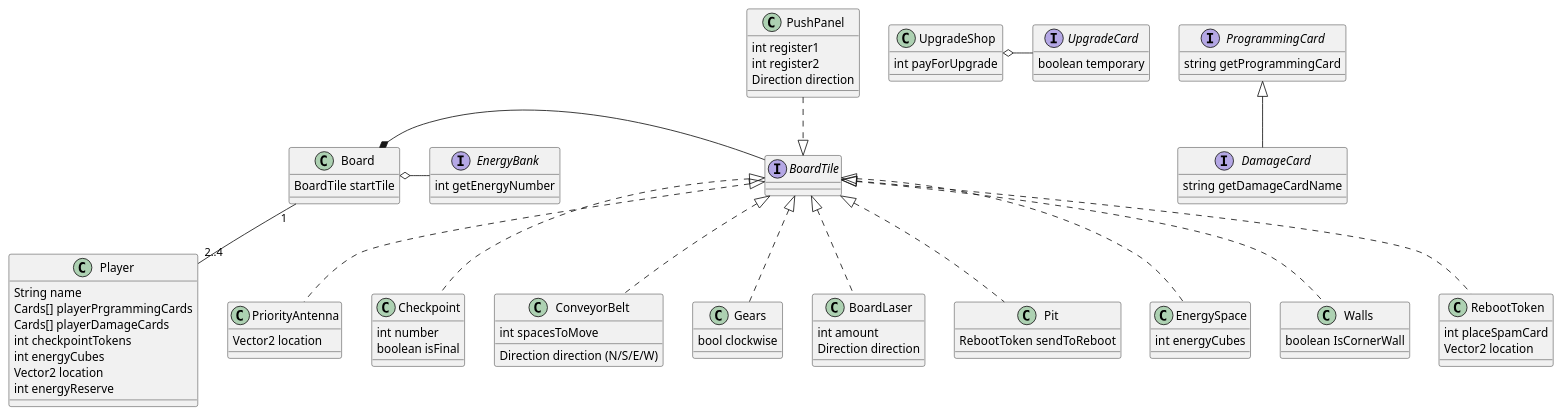
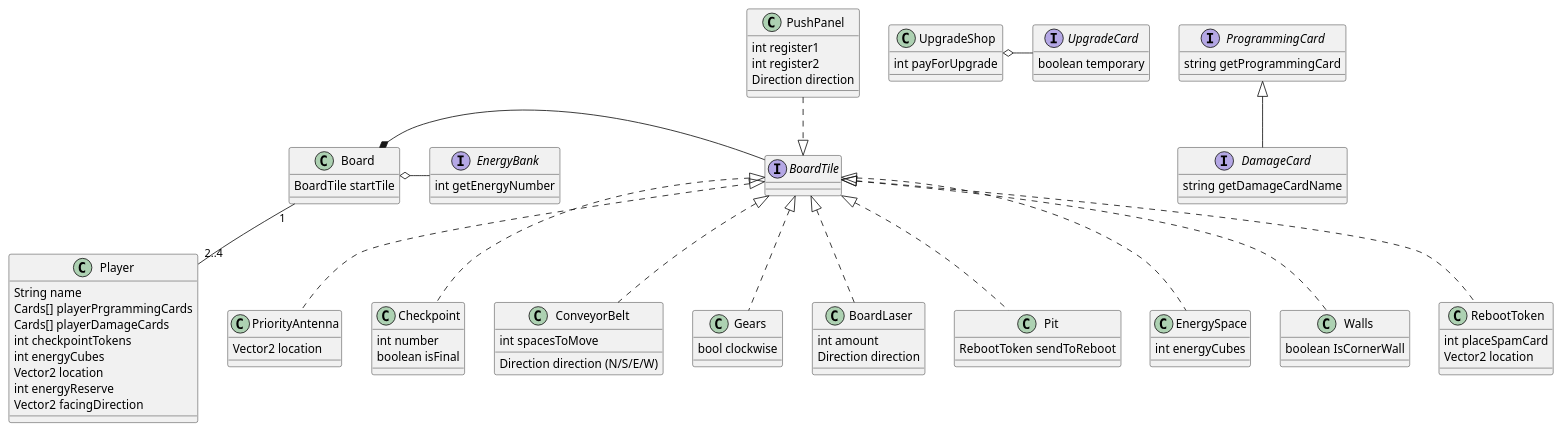
One commit to nikguin04/RoboRally changed the diagram in etc/domain.pu. Above: the diagram before and after it, drawn with PlantUML.

Commit message:
Added Vector2 facingDirection to player

```diff
--- a/etc/domain.pu
+++ b/etc/domain.pu
@@ -1,79 +1,80 @@
 @startuml
 
 class Player {
     String name
     Cards[] playerPrgrammingCards
     Cards[] playerDamageCards
     int checkpointTokens
     int energyCubes
     Vector2 location
-    int energyReserve 
+    int energyReserve
+    Vector2 facingDirection 
 }
 
 class Board {
     BoardTile startTile
 }
 Board *- BoardTile
 Board "1" -- "2..4" Player
 
 interface BoardTile { }
 
 interface EnergyBank {
     int getEnergyNumber
 }
 Board o- EnergyBank
 
 class RebootToken implements BoardTile {
     int placeSpamCard
     Vector2 location
 }
 class PriorityAntenna implements BoardTile {
     Vector2 location
  }
 class Checkpoint implements BoardTile {
     int number
     boolean isFinal
 }
 class ConveyorBelt implements BoardTile {
     int spacesToMove
     Direction direction (N/S/E/W)
 }
 class PushPanel {
     int register1
     int register2
     Direction direction
 }
 BoardTile <|.up. PushPanel
 class Gears implements BoardTile {
     bool clockwise
 }
 class BoardLaser implements BoardTile {
     int amount
     Direction direction
 }
 class Pit implements BoardTile {
     RebootToken sendToReboot
 }
 class EnergySpace implements BoardTile {
     int energyCubes
 }
 class Walls implements BoardTile {
     boolean IsCornerWall
 }
 
 class UpgradeShop { 
     int payForUpgrade
 }
 UpgradeShop o- UpgradeCard
 
 interface ProgrammingCard { 
     string getProgrammingCard
 }
 interface DamageCard implements ProgrammingCard { 
     string getDamageCardName
 }
 interface UpgradeCard { 
     boolean temporary
 }
 
 @enduml
```
